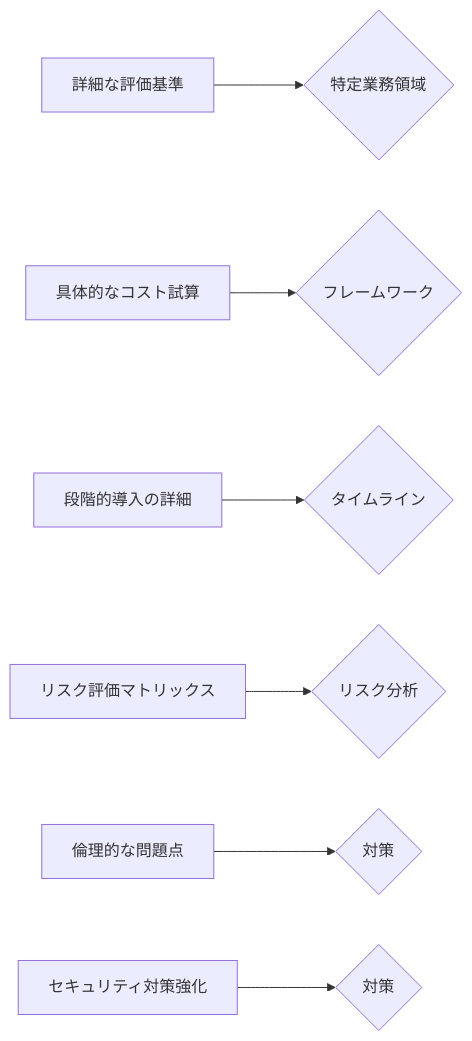
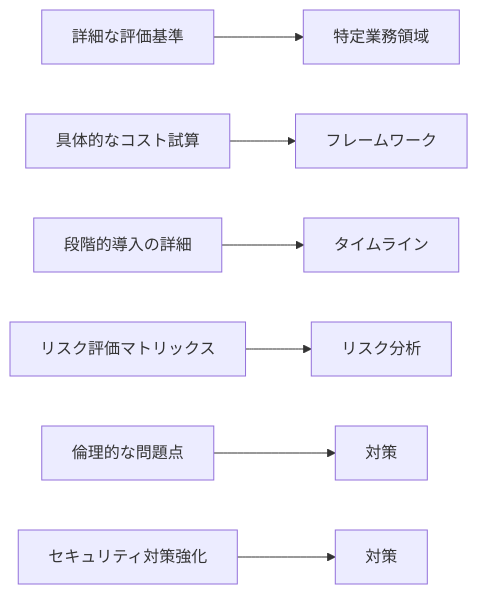
Before and after one commit to SparklingDetergent/doc_genai_How_to_evaluate_the_cost-effectiveness_of_using_generative_AI_for_business_purposes: diagram 16 of 16 in README.md, drawn with Mermaid. The commit also changed other lines of this file, not shown here.

````diff
--- a/README.md
+++ b/README.md
@@ -521,9 +532,9 @@
 ```mermaid
 graph LR
-    A[詳細な評価基準] --> B{特定業務領域}
-    C[具体的なコスト試算] --> D{フレームワーク}
-    E[段階的導入の詳細] --> F{タイムライン}
-    G[リスク評価マトリックス] --> H{リスク分析}
-    I[倫理的な問題点] --> J{対策}
-    K[セキュリティ対策強化] --> L{対策}
+    A[詳細な評価基準] --> B[特定業務領域]
+    C[具体的なコスト試算] --> D[フレームワーク]
+    E[段階的導入の詳細] --> F[タイムライン]
+    G[リスク評価マトリックス] --> H[リスク分析]
+    I[倫理的な問題点] --> J[対策]
+    K[セキュリティ対策強化] --> L[対策]
 ```
````
